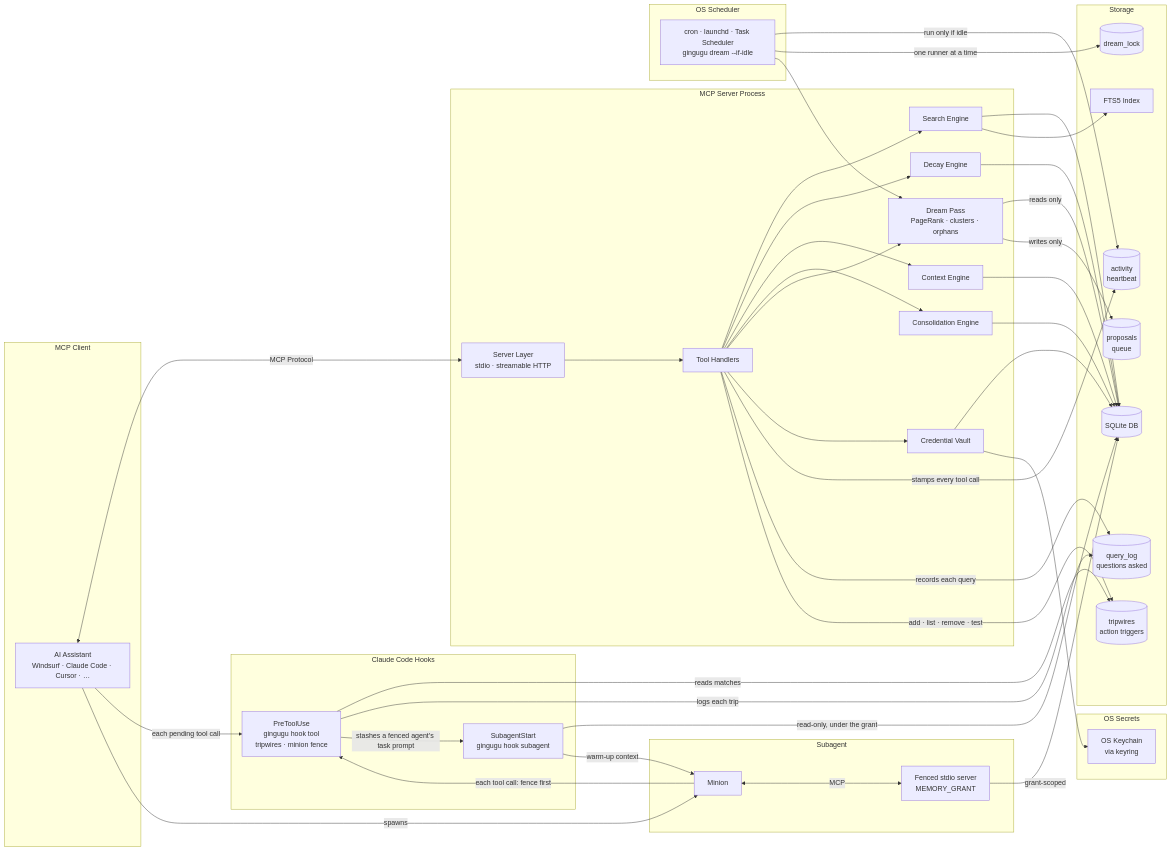
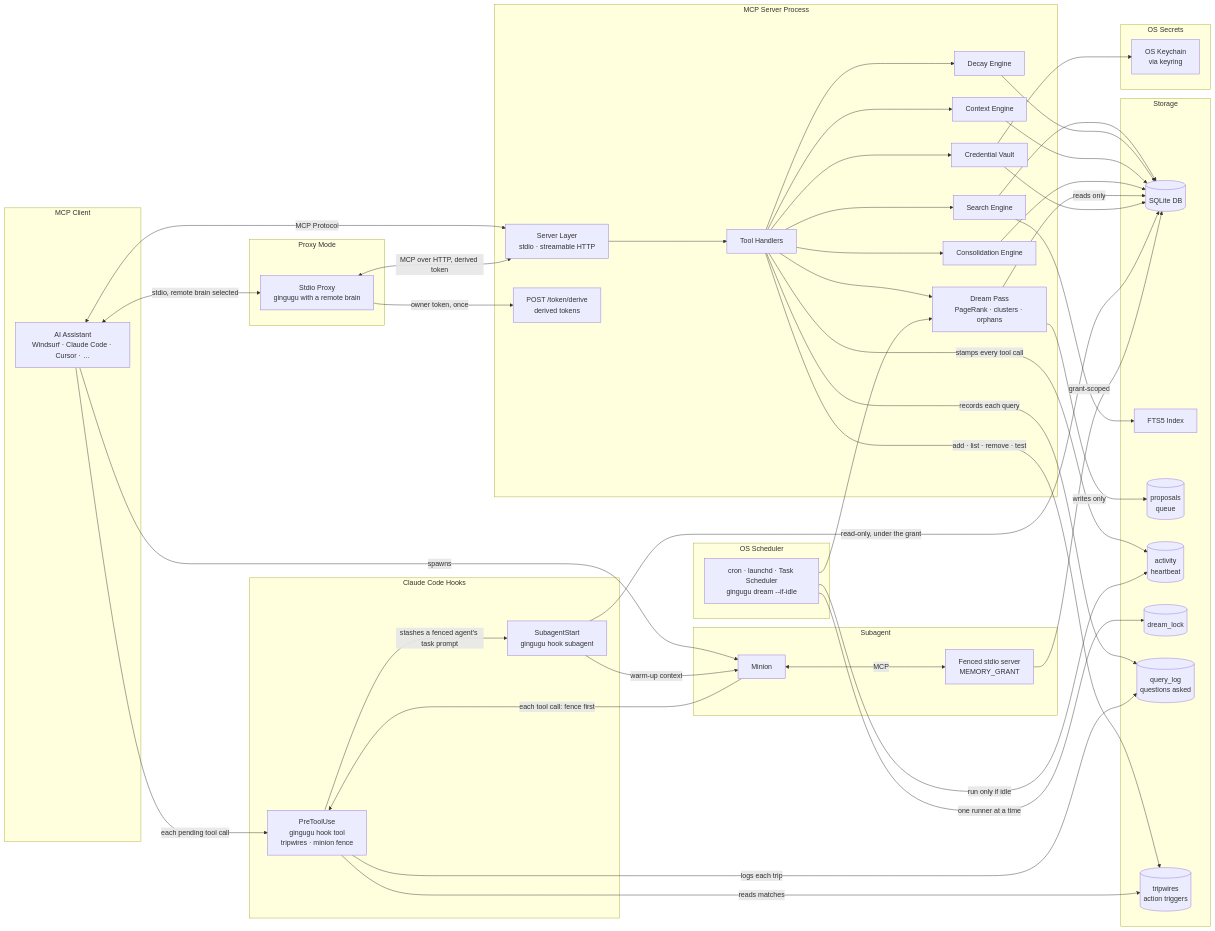
Before and after one commit to gingugu/gingugu: the diagram in docs/architecture.md, drawn with Mermaid. The commit also changed other lines of this file and 7 other files, not shown here.

First line of the commit message:
docs: close the .ai/ audit's drift for the remote-mode branch

```diff
--- a/docs/architecture.md
+++ b/docs/architecture.md
@@ -23,8 +31,13 @@
         A[AI Assistant<br/>Windsurf · Claude Code · Cursor · …]
     end
 
+    subgraph Proxy Mode
+        X[Stdio Proxy<br/>gingugu with a remote brain]
+    end
+
     subgraph MCP Server Process
         B[Server Layer<br/>stdio · streamable HTTP]
+        V[POST /token/derive<br/>derived tokens]
         C[Tool Handlers]
         D[Search Engine]
         E[Decay Engine]
@@ -63,6 +76,9 @@
     end
 
     A <-->|MCP Protocol| B
+    A <-->|stdio, remote brain selected| X
+    X -->|owner token, once| V
+    X <-->|MCP over HTTP, derived token| B
     B --> C
     C --> D
     C --> E
```
